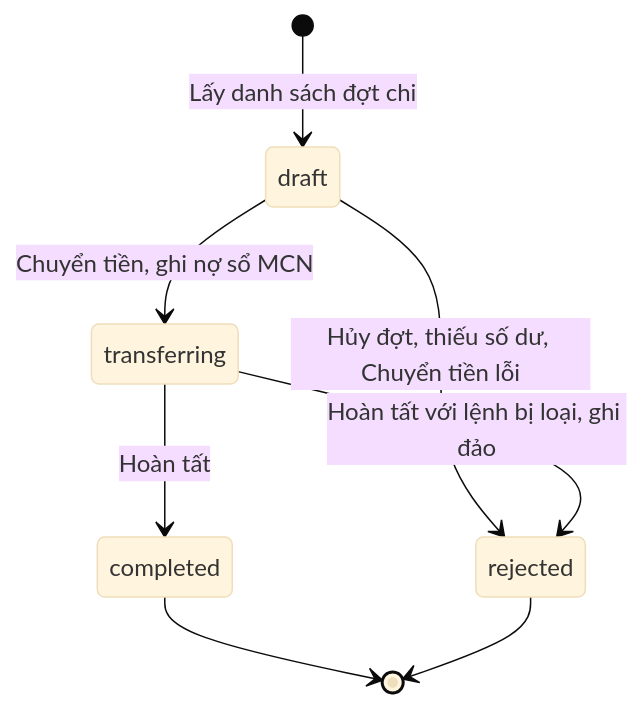
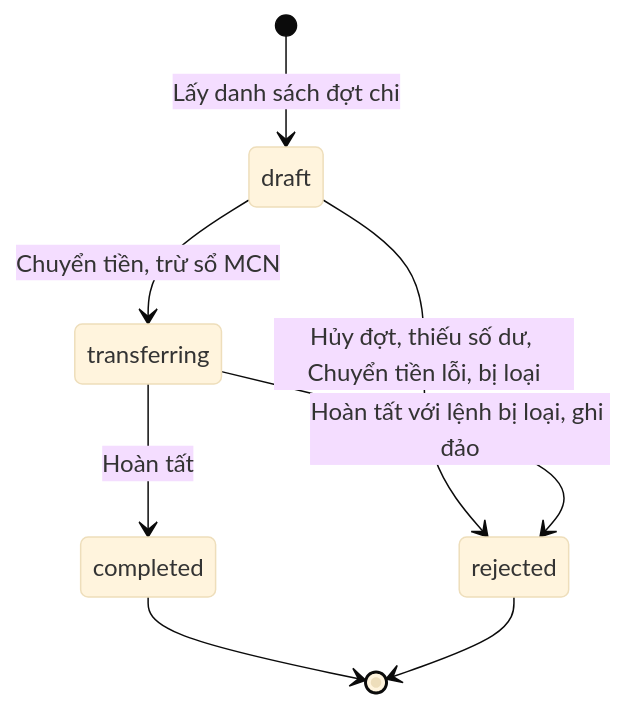
Before and after one commit to viewboost/accesstrade-docs: the seventh of 10 diagrams in mcn/techspec-mcn-phase1-2026-11-04.md, drawn with Mermaid (base theme). The commit also changed other lines of this file, not shown here.

Commit message:
docs(mcn): tech spec v2.1 - ra soat cau chu cho de doc, sua mau thuan vi du, moc ap dung, co LedgerV2, so du am theo chien dich, cau hoi mo

````diff
--- a/mcn/techspec-mcn-phase1-2026-11-04.md
+++ b/mcn/techspec-mcn-phase1-2026-11-04.md
@@ -826,10 +854,10 @@
 ```mermaid
 stateDiagram-v2
   [*] --> draft : Lấy danh sách đợt chi
-  draft --> rejected : Hủy đợt, thiếu số dư, Chuyển tiền lỗi
-  draft --> transferring : Chuyển tiền, ghi nợ sổ MCN
+  draft --> rejected : Hủy đợt, thiếu số dư, Chuyển tiền lỗi, bị loại
+  draft --> transferring : Chuyển tiền, trừ sổ MCN
   transferring --> completed : Hoàn tất
   transferring --> rejected : Hoàn tất với lệnh bị loại, ghi đảo
   completed --> [*]
   rejected --> [*]
 ```
````
